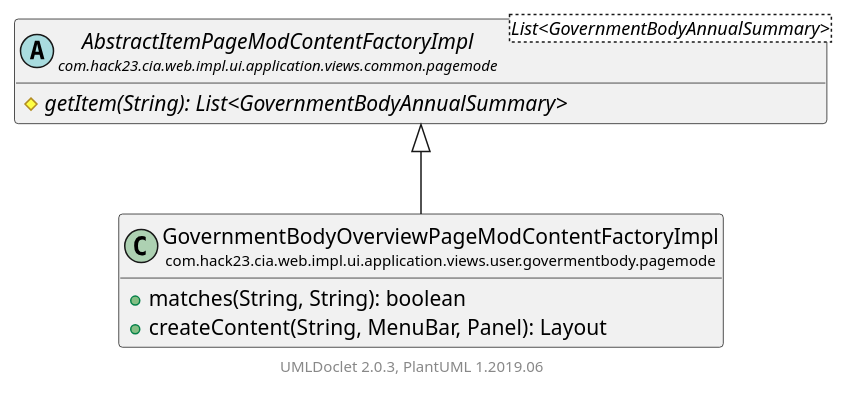
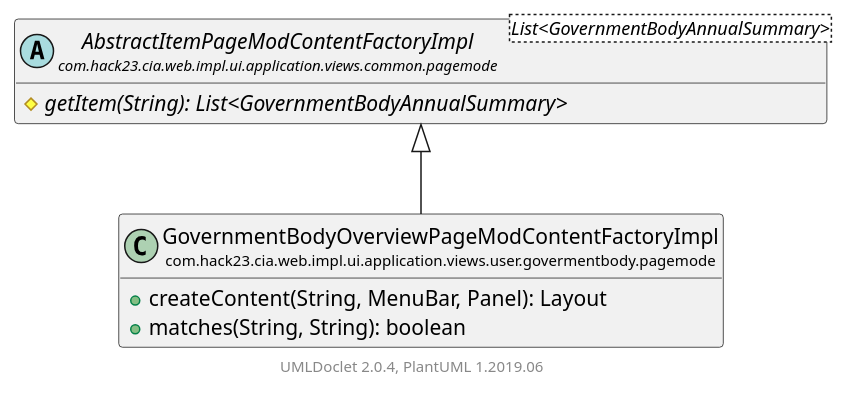
One commit to Hack23/cia changed the diagram in testapidocs/com/hack23/cia/web/impl/ui/application/views/user/govermentbody/pagemode/GovernmentBodyOverviewPageModContentFactoryImpl.puml. Above: the diagram before and after it, drawn with PlantUML. The commit also changed 6183 other files, not shown here.

```diff
--- a/testapidocs/com/hack23/cia/web/impl/ui/application/views/user/govermentbody/pagemode/GovernmentBodyOverviewPageModContentFactoryImpl.puml
+++ b/testapidocs/com/hack23/cia/web/impl/ui/application/views/user/govermentbody/pagemode/GovernmentBodyOverviewPageModContentFactoryImpl.puml
@@ -1,18 +1,18 @@
 @startuml
     set namespaceSeparator none
     hide empty fields
     hide empty methods
 
     class "<size:14>GovernmentBodyOverviewPageModContentFactoryImpl\n<size:10>com.hack23.cia.web.impl.ui.application.views.user.govermentbody.pagemode" as com.hack23.cia.web.impl.ui.application.views.user.govermentbody.pagemode.GovernmentBodyOverviewPageModContentFactoryImpl [[GovernmentBodyOverviewPageModContentFactoryImpl.html]] {
+        +createContent(String, MenuBar, Panel): Layout
         +matches(String, String): boolean
-        +createContent(String, MenuBar, Panel): Layout
     }
 
     abstract class "<size:14>AbstractItemPageModContentFactoryImpl\n<size:10>com.hack23.cia.web.impl.ui.application.views.common.pagemode" as com.hack23.cia.web.impl.ui.application.views.common.pagemode.AbstractItemPageModContentFactoryImpl<List<GovernmentBodyAnnualSummary>> [[../../../common/pagemode/AbstractItemPageModContentFactoryImpl.html]] {
         {abstract} #getItem(String): List<GovernmentBodyAnnualSummary>
     }
 
     com.hack23.cia.web.impl.ui.application.views.common.pagemode.AbstractItemPageModContentFactoryImpl <|-- com.hack23.cia.web.impl.ui.application.views.user.govermentbody.pagemode.GovernmentBodyOverviewPageModContentFactoryImpl
 
-    center footer UMLDoclet 2.0.3, PlantUML 1.2019.06
+    center footer UMLDoclet 2.0.4, PlantUML 1.2019.06
 @enduml
```
